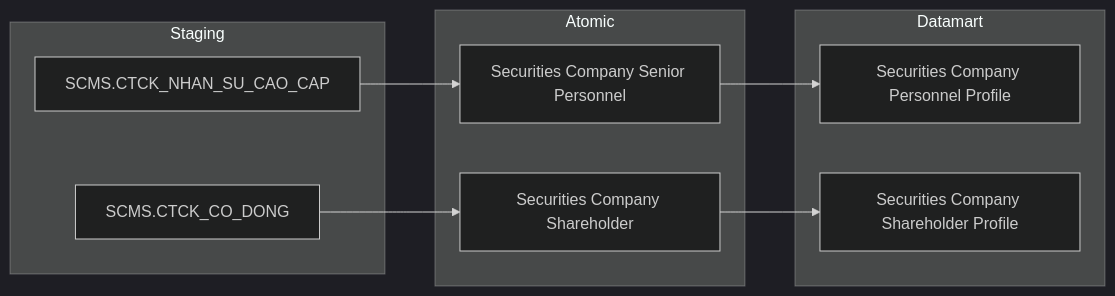
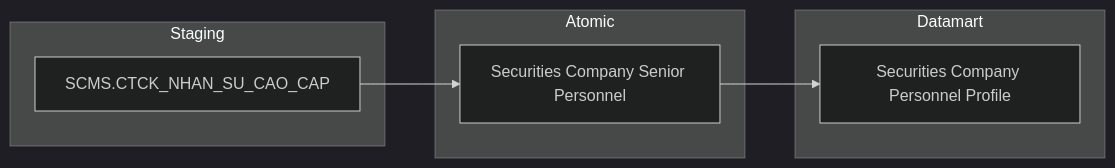
Before and after one commit to linhlvit/ubck_atomic_design: diagram 11 of 30 in Datamart/hld/DTM_QLKD_HLD.md, drawn with Mermaid (dark theme). The commit also changed other lines of this file and 52 other files, not shown here.

````diff
--- a/Datamart/hld/DTM_QLKD_HLD.md
+++ b/Datamart/hld/DTM_QLKD_HLD.md
@@ -439,23 +441,17 @@
 ```mermaid
 flowchart LR
     subgraph SRC["Staging"]
         S1["SCMS.CTCK_NHAN_SU_CAO_CAP"]
-        S2["SCMS.CTCK_CO_DONG"]
     end
 
     subgraph SIL["Atomic"]
         SV1["Securities Company Senior Personnel"]
-        SV2["Securities Company Shareholder"]
     end
 
     subgraph Datamart["Datamart"]
         G1["Securities Company Personnel Profile"]
-        G2["Securities Company Shareholder Profile"]
     end
 
     S1 --> SV1
-    S2 --> SV2
-
     SV1 --> G1
-    SV2 --> G2
 ```
````
